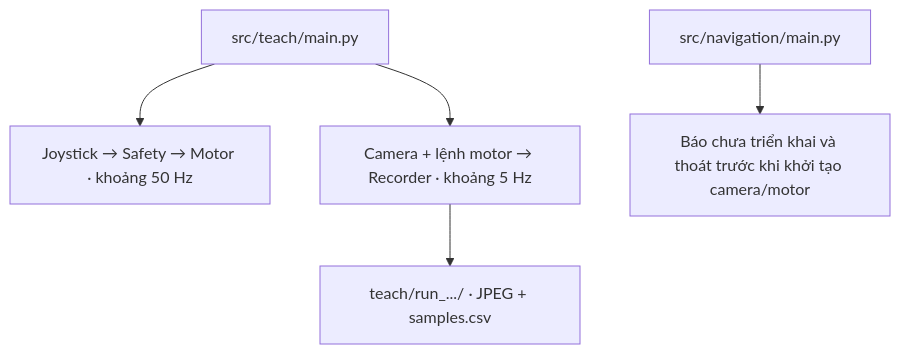
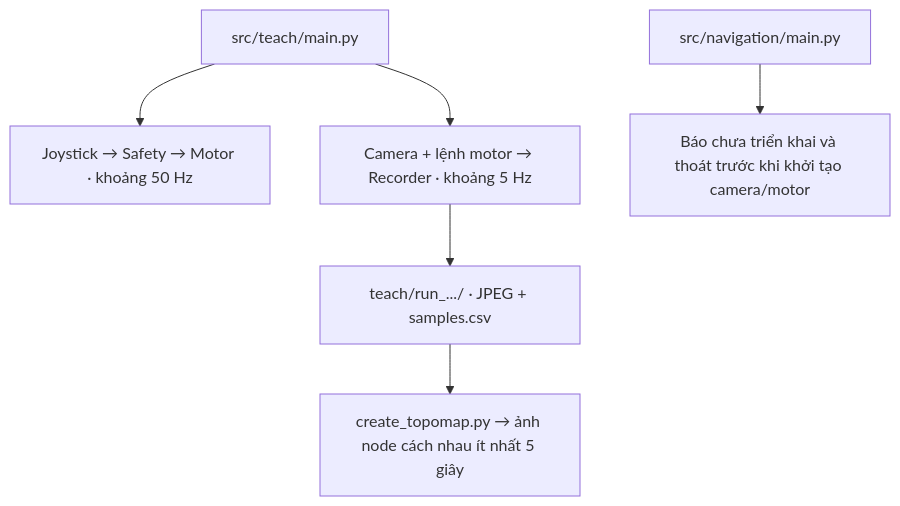
Before and after one commit to ToiLaKiet/the-patrol-jetbot: the diagram in README.md, drawn with Mermaid. The commit also changed other lines of this file and 6 other files, not shown here.

Commit message:
create_topomap port for jetbot

````diff
--- a/README.md
+++ b/README.md
@@ -11,9 +11,10 @@
 ```mermaid
 flowchart TD
     Teach["src/teach/main.py"]
     Navigation["src/navigation/main.py"]
     Teach --> Joystick["Joystick → Safety → Motor · khoảng 50 Hz"]
     Teach --> Recorder["Camera + lệnh motor → Recorder · khoảng 5 Hz"]
     Recorder --> Data["teach/run_.../ · JPEG + samples.csv"]
+    Data --> Topomap["create_topomap.py → ảnh node cách nhau ít nhất 5 giây"]
     Navigation --> Pending["Báo chưa triển khai và thoát trước khi khởi tạo camera/motor"]
 ```
````
